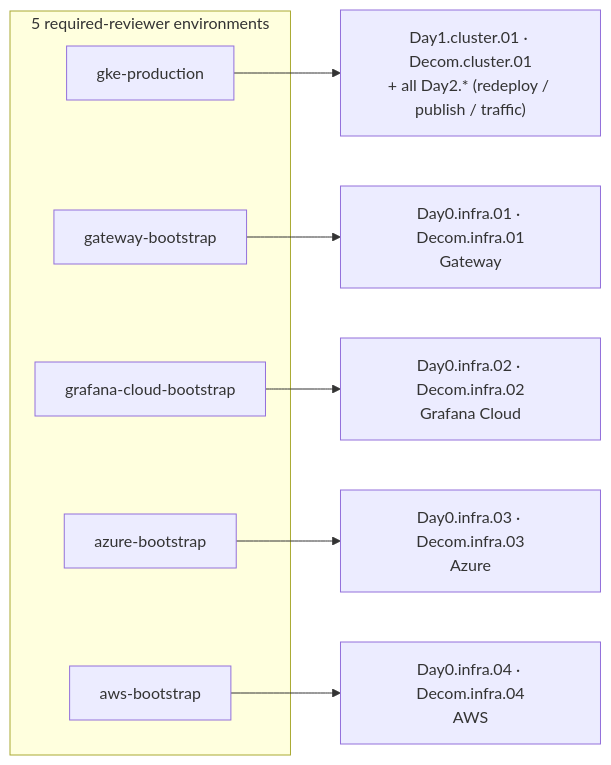
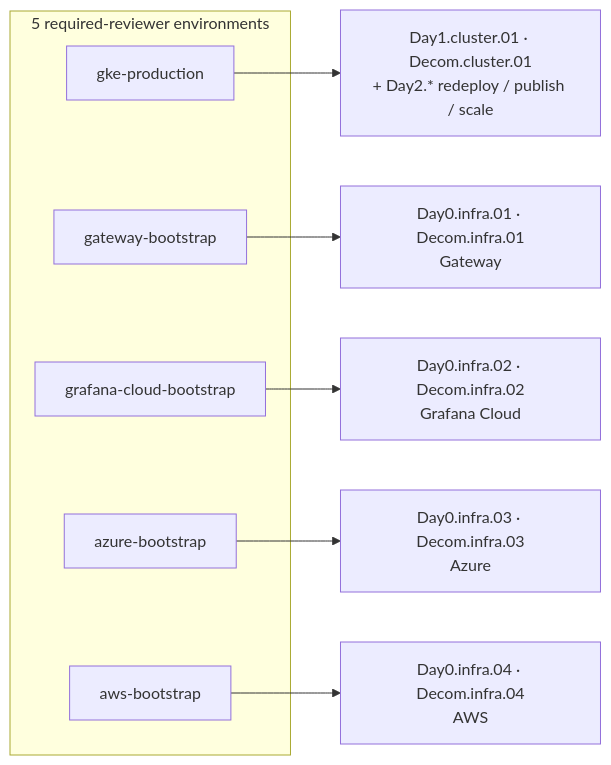
One commit to nubenetes/jenkins-2026 changed the fourth of 4 diagrams in docs/102-GITHUB_ACTIONS_AUTOMATION.md. Above: the diagram before and after it, drawn with Mermaid. The commit also changed other lines of this file and 48 other files, not shown here.

````diff
--- a/docs/102-GITHUB_ACTIONS_AUTOMATION.md
+++ b/docs/102-GITHUB_ACTIONS_AUTOMATION.md
@@ -334,15 +358,15 @@
 ```mermaid
 flowchart LR
   subgraph gates["5 required-reviewer environments"]
     g1[gke-production]
     g2[gateway-bootstrap]
     g3[grafana-cloud-bootstrap]
     g4[azure-bootstrap]
     g5[aws-bootstrap]
   end
-  g1 --> w1["Day1.cluster.01 · Decom.cluster.01<br/>+ all Day2.* (redeploy / publish / traffic)"]
+  g1 --> w1["Day1.cluster.01 · Decom.cluster.01<br/>+ Day2.* redeploy / publish / scale"]
   g2 --> w2["Day0.infra.01 · Decom.infra.01<br/>Gateway"]
   g3 --> w3["Day0.infra.02 · Decom.infra.02<br/>Grafana Cloud"]
   g4 --> w4["Day0.infra.03 · Decom.infra.03<br/>Azure"]
   g5 --> w5["Day0.infra.04 · Decom.infra.04<br/>AWS"]
 ```
````
